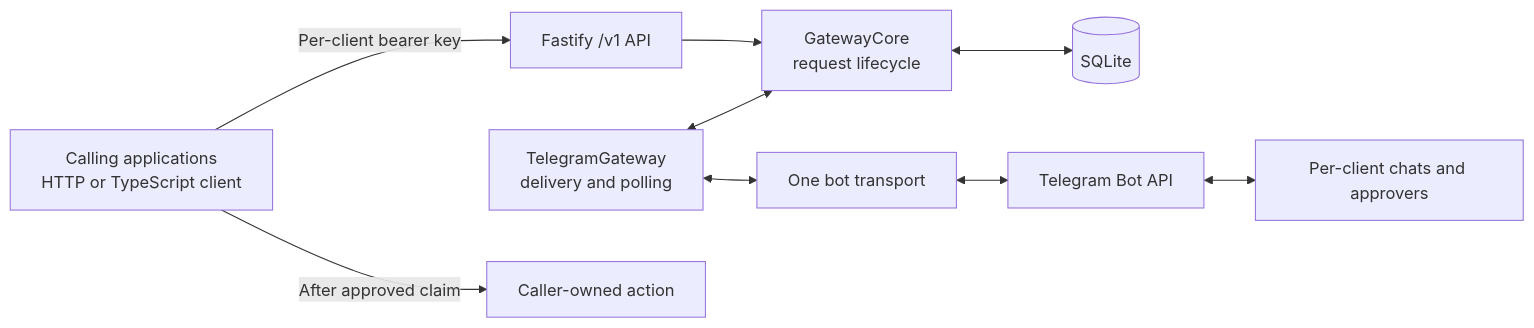
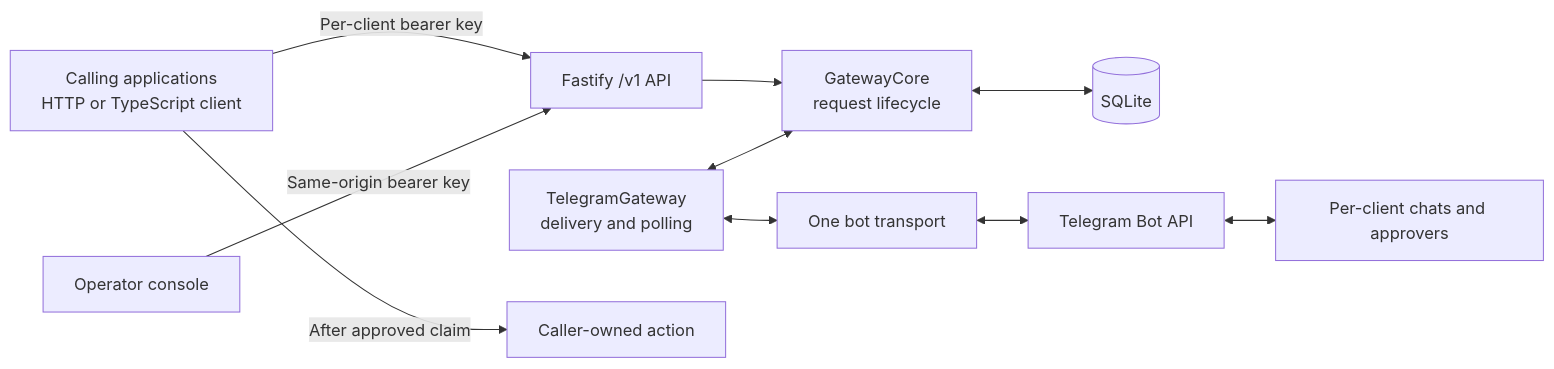
One commit to ahmetomerv/JaGate changed the diagram in docs/ARCHITECTURE.md. Above: the diagram before and after it, drawn with Mermaid. The commit also changed other lines of this file and 52 other files, not shown here.

First line of the commit message:
feat: add a same-origin operator console

````diff
--- a/docs/ARCHITECTURE.md
+++ b/docs/ARCHITECTURE.md
@@ -5,11 +5,12 @@
 ```mermaid
 flowchart LR
     Caller[Calling applications<br/>HTTP or TypeScript client] -->|Per-client bearer key| API[Fastify /v1 API]
     API --> Core[GatewayCore<br/>request lifecycle]
     Core <--> DB[(SQLite)]
     Worker[TelegramGateway<br/>delivery and polling] <--> Core
     Worker <--> Transport[One bot transport]
     Transport <--> Telegram[Telegram Bot API]
     Telegram <--> Chats[Per-client chats and approvers]
     Caller -->|After approved claim| Action[Caller-owned action]
+    Console[Operator console] -->|Same-origin bearer key| API
 ```
````
